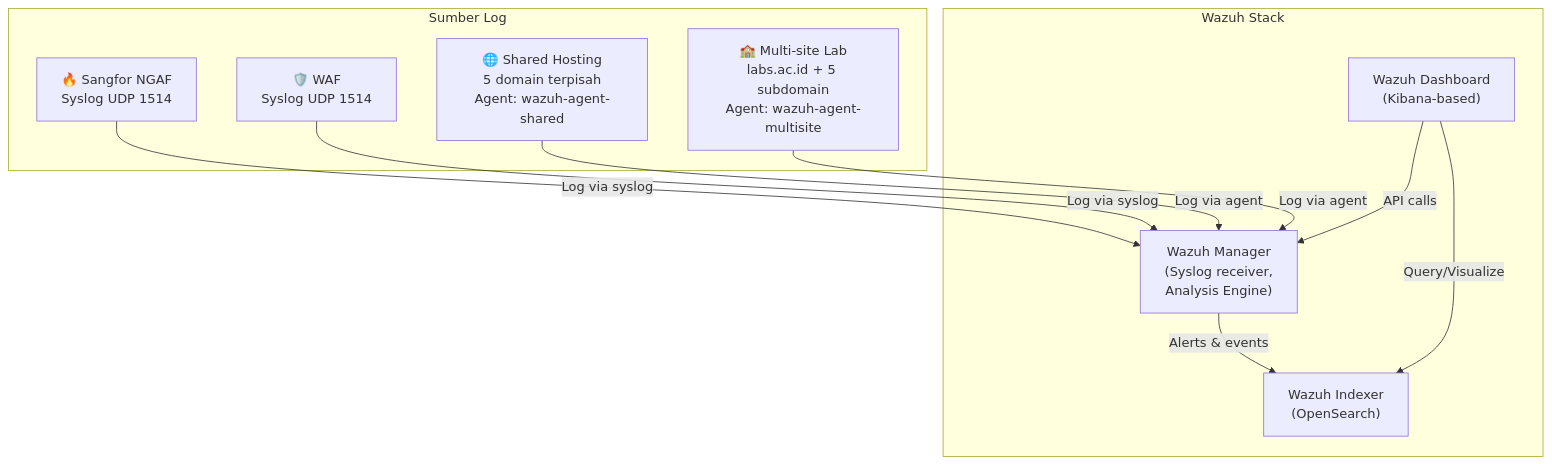
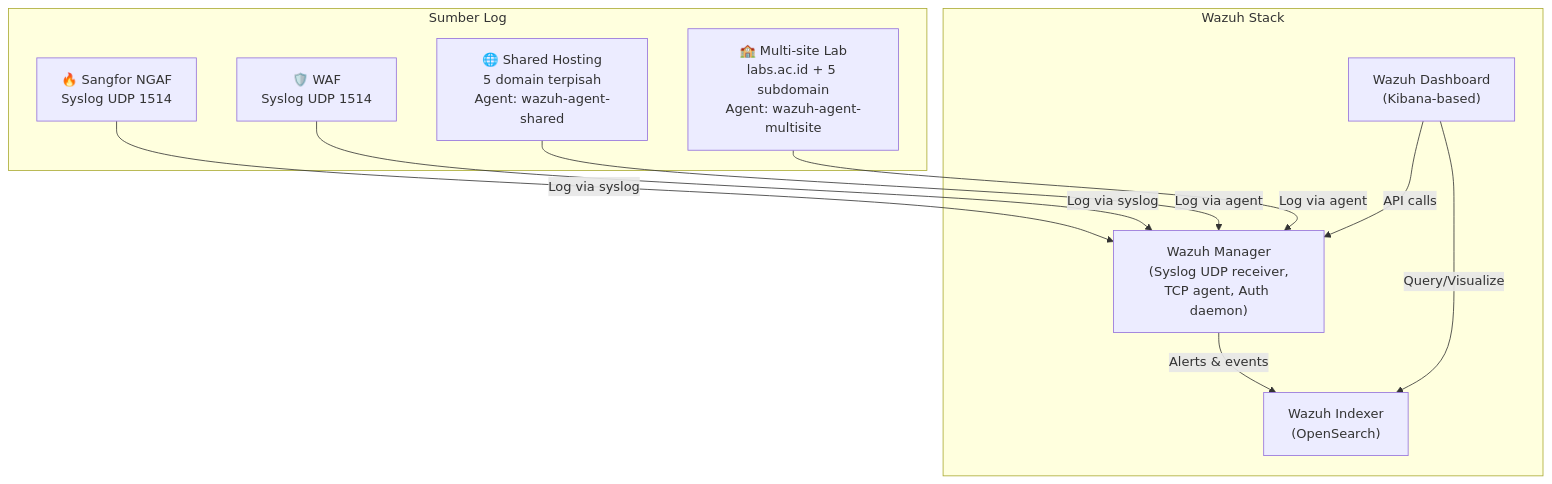
The diagram in README.md (yogiex/wazuh-soc-lab), drawn with Mermaid before and after one commit. The commit also changed other lines of this file, not shown here.

Commit message:
docs: Update README untuk Wazuh 4.14.5, port 5601, auto-register agent, custom decoder fields

````diff
--- a/README.md
+++ b/README.md
@@ -28,23 +28,23 @@
 ```mermaid
 graph TB
     subgraph Sumber Log
         Sangfor["🔥 Sangfor NGAF<br/>Syslog UDP 1514"]
         WAF["🛡️ WAF<br/>Syslog UDP 1514"]
         Shared["🌐 Shared Hosting<br/>5 domain terpisah<br/>Agent: wazuh-agent-shared"]
         Multi["🏫 Multi-site Lab<br/>labs.ac.id + 5 subdomain<br/>Agent: wazuh-agent-multisite"]
     end
 
     subgraph Wazuh Stack
-        Manager["Wazuh Manager<br/>(Syslog receiver,<br/>Analysis Engine)"]
+        Manager["Wazuh Manager<br/>(Syslog UDP receiver,<br/>TCP agent, Auth daemon)"]
         Indexer["Wazuh Indexer<br/>(OpenSearch)"]
         Dashboard["Wazuh Dashboard<br/>(Kibana-based)"]
     end
 
     Sangfor -->|Log via syslog| Manager
     WAF -->|Log via syslog| Manager
     Shared -->|Log via agent| Manager
     Multi -->|Log via agent| Manager
     Manager -->|Alerts & events| Indexer
     Dashboard -->|Query/Visualize| Indexer
     Dashboard -->|API calls| Manager
 ```
````
